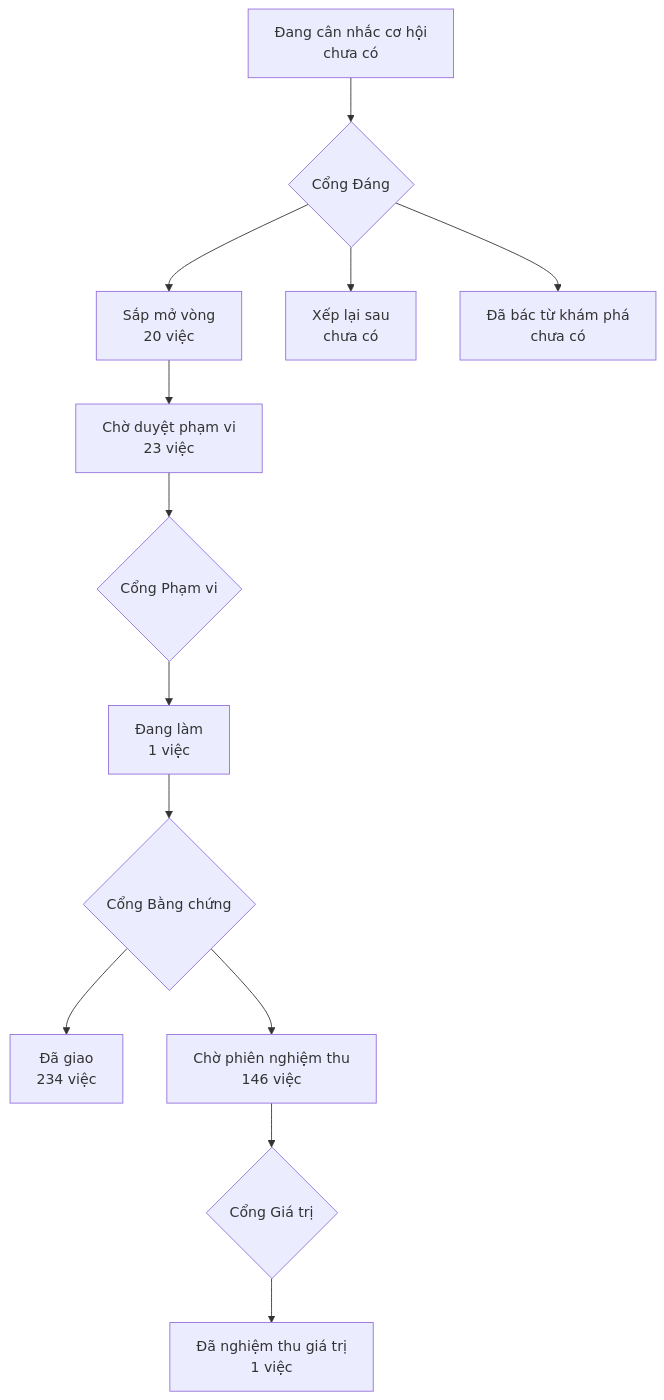
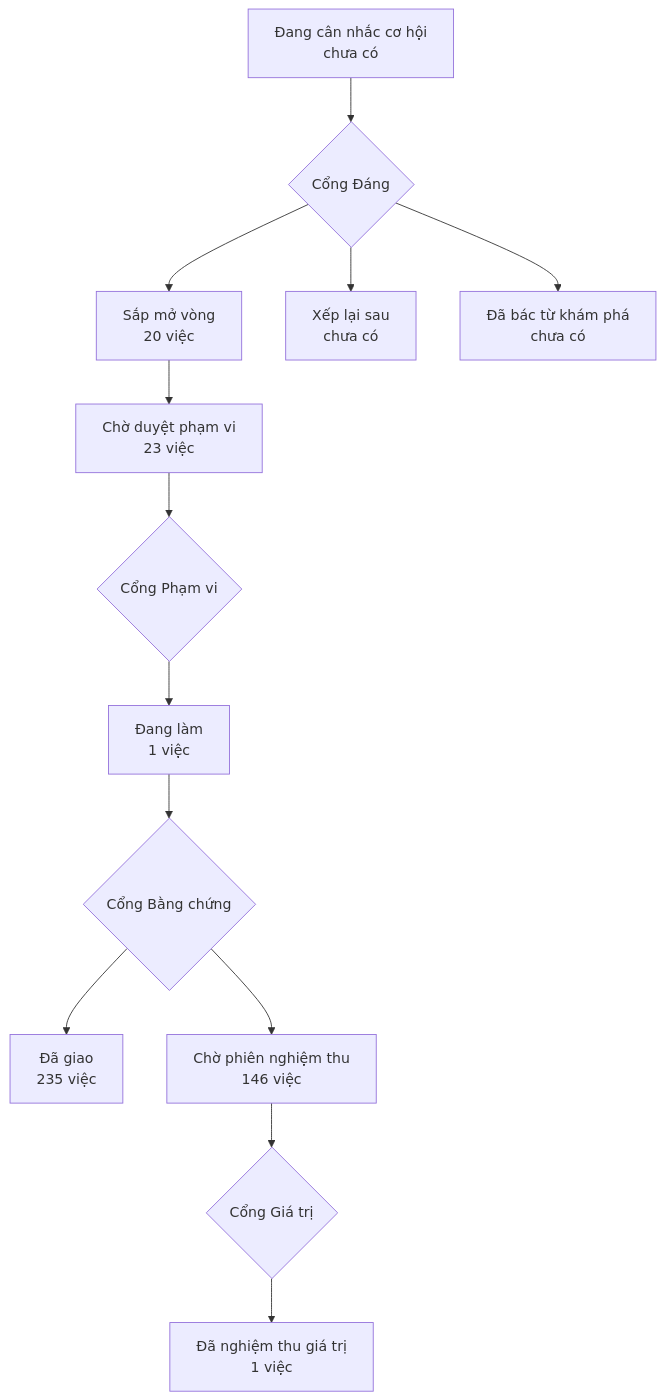
The diagram in PRODUCT-MAP.md (phanlemanh/onehub-invest), drawn with Mermaid before and after one commit. The commit also changed other lines of this file and 1 other file, not shown here.

Commit message:
chore: vẽ lại bản đồ sau khi gộp main

````diff
--- a/PRODUCT-MAP.md
+++ b/PRODUCT-MAP.md
@@ -7,12 +7,12 @@
 ```mermaid
 flowchart TD
   A["Đang cân nhắc cơ hội<br/>chưa có"] --> GD{"Cổng Đáng"}
   GD --> B["Sắp mở vòng<br/>20 việc"]
   GD --> XL["Xếp lại sau<br/>chưa có"]
   GD --> DB["Đã bác từ khám phá<br/>chưa có"]
   B --> CD["Chờ duyệt phạm vi<br/>23 việc"] --> GP{"Cổng Phạm vi"}
   GP --> DL["Đang làm<br/>1 việc"] --> GB{"Cổng Bằng chứng"}
-  GB --> DG["Đã giao<br/>234 việc"]
+  GB --> DG["Đã giao<br/>235 việc"]
   GB --> CN["Chờ phiên nghiệm thu<br/>146 việc"] --> GG{"Cổng Giá trị"}
   GG --> NT["Đã nghiệm thu giá trị<br/>1 việc"]
 ```
````
